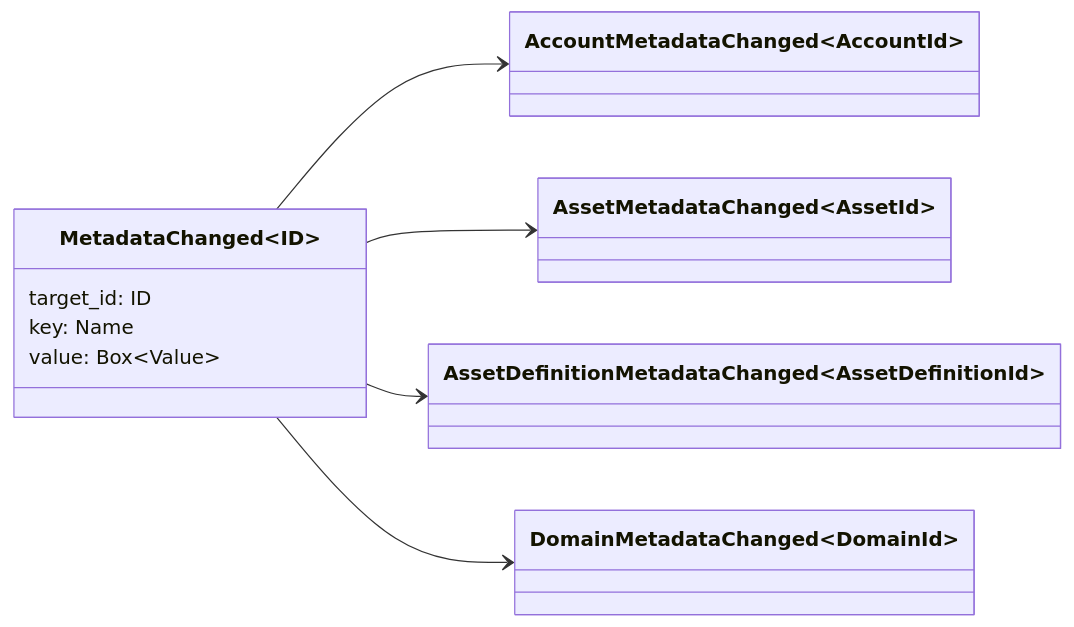
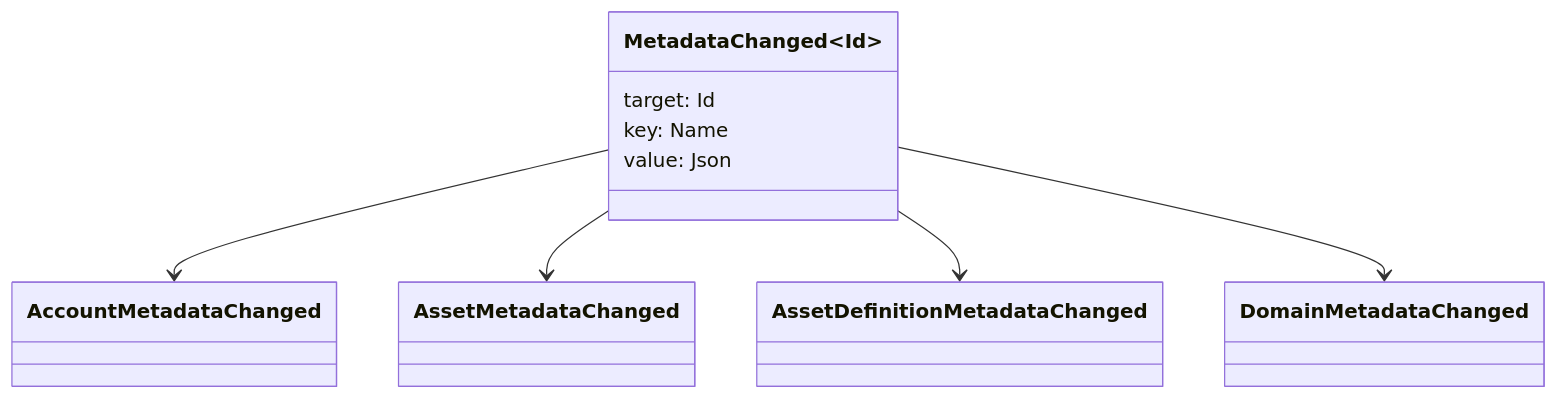
Before and after one commit to hyperledger-iroha/iroha-2-docs: the diagram in src/blockchain/metadata.md, drawn with Mermaid. The commit also changed other lines of this file and 85 other files, not shown here.

````diff
--- a/src/blockchain/metadata.md
+++ b/src/blockchain/metadata.md
@@ -39,21 +40,19 @@
 ```mermaid
 classDiagram
 
-direction LR
-
-class MetadataChanged~ID~ {
-    target_id: ID
-    key: Name
-    value: Box~Value~
+class MetadataChanged~Id~ {
+  target: Id
+  key: Name
+  value: Json
 }
 
-class AccountMetadataChanged~AccountId~
-class AssetMetadataChanged~AssetId~
-class AssetDefinitionMetadataChanged~AssetDefinitionId~
-class DomainMetadataChanged~DomainId~
+class AccountMetadataChanged
+class AssetMetadataChanged
+class AssetDefinitionMetadataChanged
+class DomainMetadataChanged
 
 MetadataChanged --> AccountMetadataChanged
 MetadataChanged --> AssetMetadataChanged
 MetadataChanged --> AssetDefinitionMetadataChanged
 MetadataChanged --> DomainMetadataChanged
 ```
````
